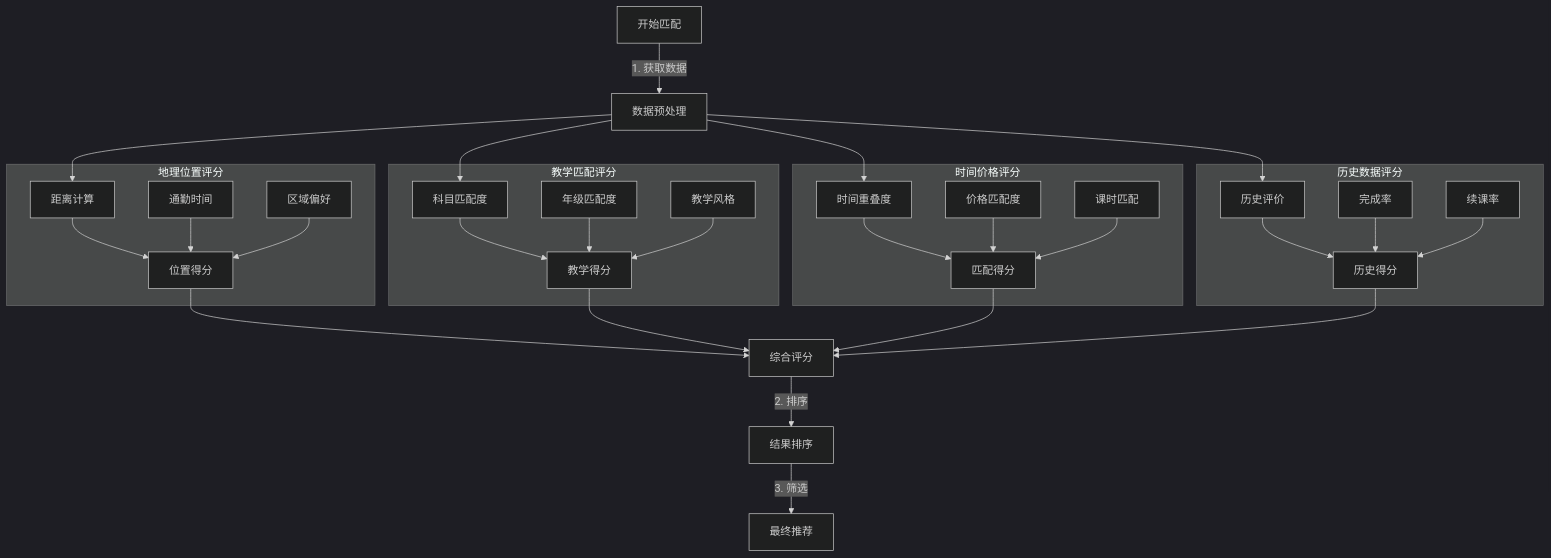
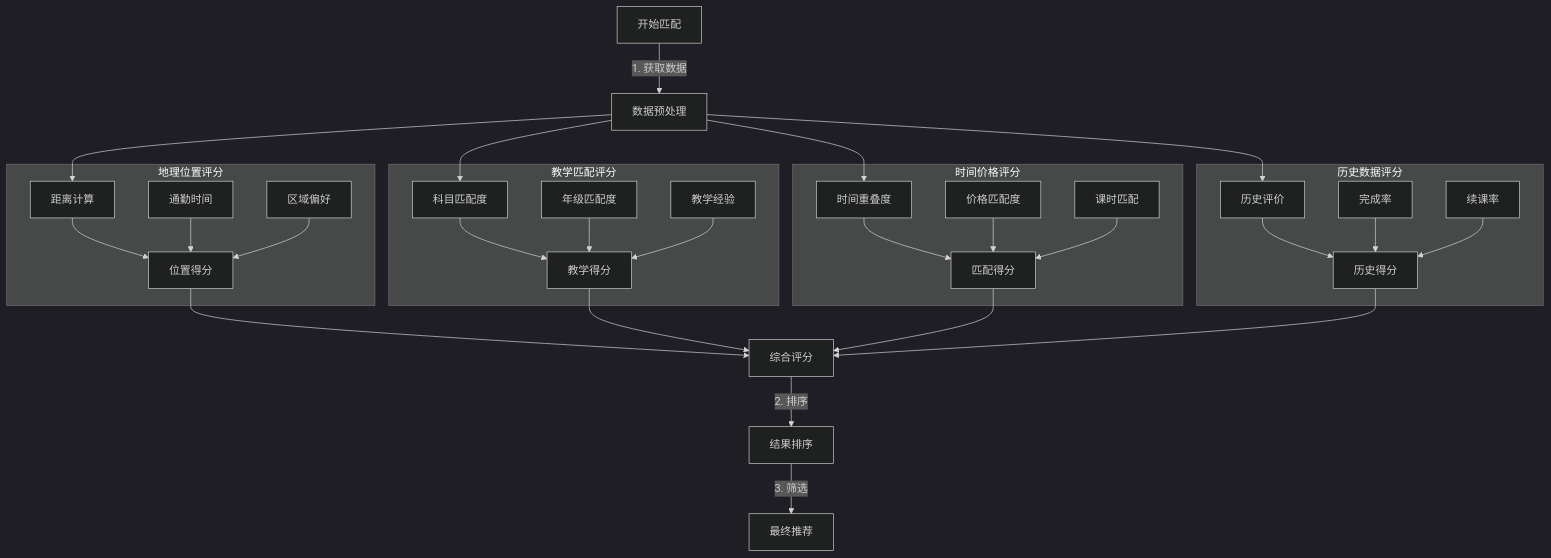
Diagram 31 of 44 in docs/场景设计文档.md (coyafky/smart-tutor), drawn with Mermaid (dark theme) before and after one commit. The commit also changed other lines of this file and 24 other files, not shown here.

````diff
--- a/docs/场景设计文档.md
+++ b/docs/场景设计文档.md
@@ -973,53 +1037,53 @@
 ```mermaid
 flowchart TD
     A[开始匹配] -->|1. 获取数据| B[数据预处理]
     
     subgraph 地理位置评分
         C1[距离计算]
         C2[通勤时间]
         C3[区域偏好]
         C1 --> C4[位置得分]
         C2 --> C4
         C3 --> C4
     end
     
     subgraph 教学匹配评分
         D1[科目匹配度]
         D2[年级匹配度]
-        D3[教学风格]
+        D3[教学经验]
         D1 --> D4[教学得分]
         D2 --> D4
         D3 --> D4
     end
     
     subgraph 时间价格评分
         E1[时间重叠度]
         E2[价格匹配度]
         E3[课时匹配]
         E1 --> E4[匹配得分]
         E2 --> E4
         E3 --> E4
     end
     
     subgraph 历史数据评分
         F1[历史评价]
         F2[完成率]
         F3[续课率]
         F1 --> F4[历史得分]
         F2 --> F4
         F3 --> F4
     end
     
     B --> C1
     B --> D1
     B --> E1
     B --> F1
     
     C4 --> G[综合评分]
     D4 --> G
     E4 --> G
     F4 --> G
     
     G -->|2. 排序| H[结果排序]
     H -->|3. 筛选| I[最终推荐]
 ```
````
